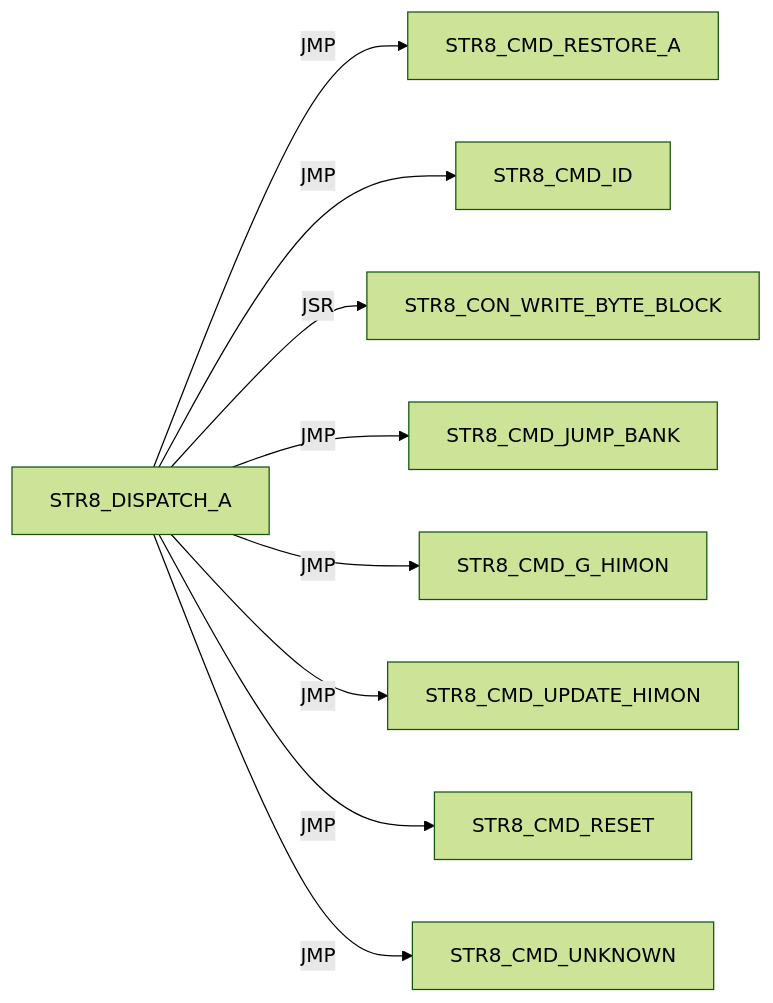
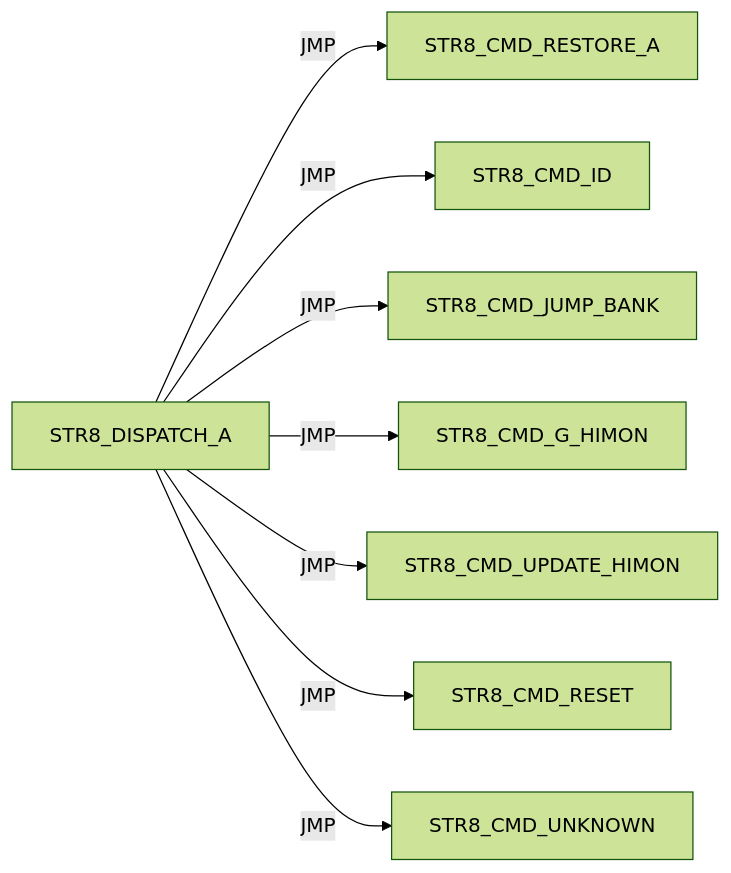
Diagram 13 of 45 in DOC/GUIDES/STR8/STR8_EDGE_DUMP.md (95westus/R-YORS), drawn with Mermaid (forest theme) before and after one commit. The commit also changed other lines of this file and 42 other files, not shown here.

First line of the commit message:
STR8: publish validated bank jump record

````diff
--- a/DOC/GUIDES/STR8/STR8_EDGE_DUMP.md
+++ b/DOC/GUIDES/STR8/STR8_EDGE_DUMP.md
@@ -174,11 +175,10 @@
 ```mermaid
 flowchart LR
     N0["STR8_DISPATCH_A"] -->|JMP| N1["STR8_CMD_RESTORE_A"]
     N0["STR8_DISPATCH_A"] -->|JMP| N2["STR8_CMD_ID"]
-    N0["STR8_DISPATCH_A"] -->|JSR| N3["STR8_CON_WRITE_BYTE_BLOCK"]
-    N0["STR8_DISPATCH_A"] -->|JMP| N4["STR8_CMD_JUMP_BANK"]
-    N0["STR8_DISPATCH_A"] -->|JMP| N5["STR8_CMD_G_HIMON"]
-    N0["STR8_DISPATCH_A"] -->|JMP| N6["STR8_CMD_UPDATE_HIMON"]
-    N0["STR8_DISPATCH_A"] -->|JMP| N7["STR8_CMD_RESET"]
-    N0["STR8_DISPATCH_A"] -->|JMP| N8["STR8_CMD_UNKNOWN"]
+    N0["STR8_DISPATCH_A"] -->|JMP| N3["STR8_CMD_JUMP_BANK"]
+    N0["STR8_DISPATCH_A"] -->|JMP| N4["STR8_CMD_G_HIMON"]
+    N0["STR8_DISPATCH_A"] -->|JMP| N5["STR8_CMD_UPDATE_HIMON"]
+    N0["STR8_DISPATCH_A"] -->|JMP| N6["STR8_CMD_RESET"]
+    N0["STR8_DISPATCH_A"] -->|JMP| N7["STR8_CMD_UNKNOWN"]
 ```
````
